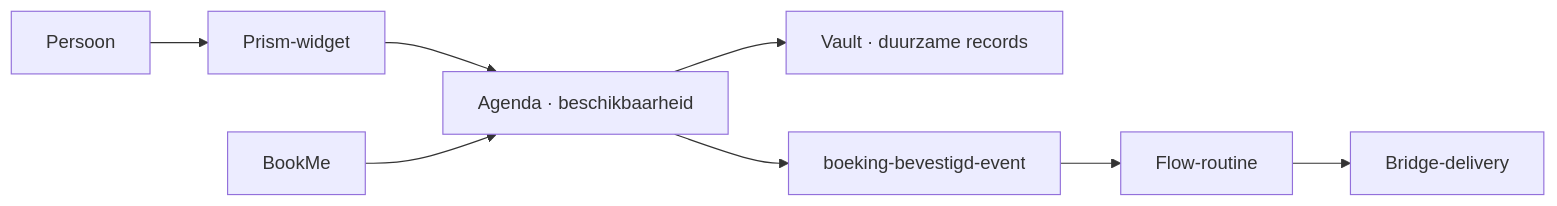
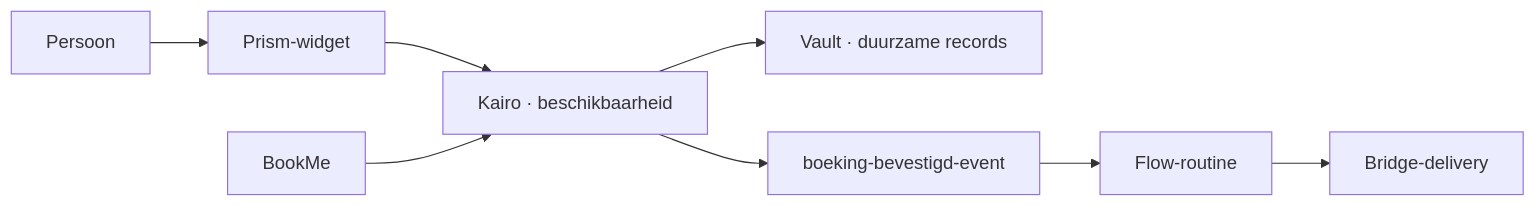
One commit to julianra/ivy-public changed the diagram in docs/nl/usecases/README.md. Above: the diagram before and after it, drawn with Mermaid. The commit also changed other lines of this file and 11 other files, not shown here.

Commit message:
Rename Agenda references to Kairo

````diff
--- a/docs/nl/usecases/README.md
+++ b/docs/nl/usecases/README.md
@@ -19,10 +19,10 @@
 ```mermaid
 flowchart LR
     Person["Persoon"] --> Prism["Prism-widget"]
-    Prism --> Agenda["Agenda · beschikbaarheid"]
-    Booking["BookMe"] --> Agenda
-    Agenda --> Vault["Vault · duurzame records"]
-    Agenda --> Event["boeking-bevestigd-event"]
+    Prism --> Kairo["Kairo · beschikbaarheid"]
+    Booking["BookMe"] --> Kairo
+    Kairo --> Vault["Vault · duurzame records"]
+    Kairo --> Event["boeking-bevestigd-event"]
     Event --> Flow["Flow-routine"]
     Flow --> Bridge["Bridge-delivery"]
 ```
````
